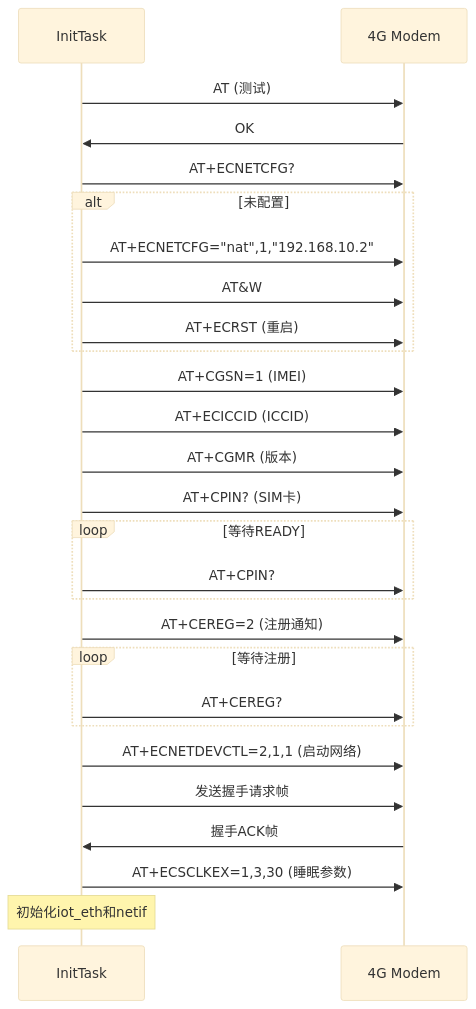
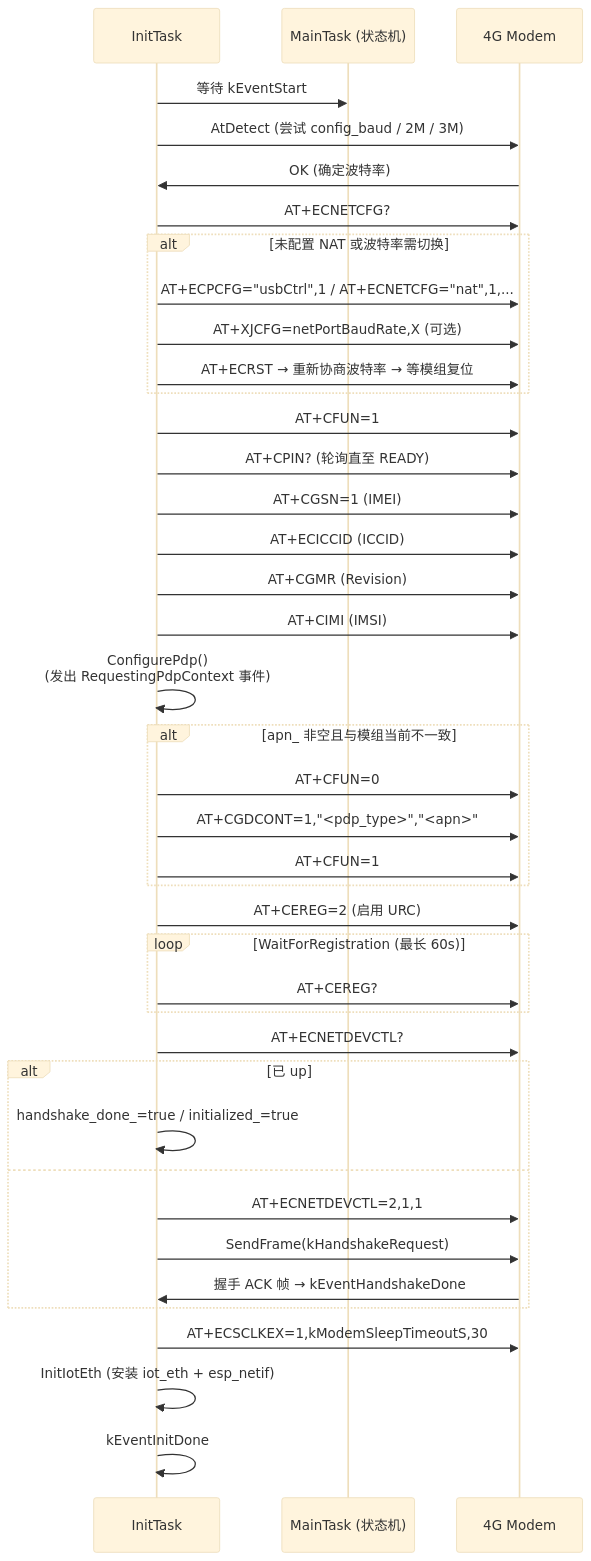
Before and after one commit to 78/uart-eth-modem: diagram 14 of 22 in WORKING_PRINCIPLE.md, drawn with Mermaid (base theme). The commit also changed other lines of this file and 2 other files, not shown here.

````diff
--- a/WORKING_PRINCIPLE.md
+++ b/WORKING_PRINCIPLE.md
@@ -519,37 +510,51 @@
 ```mermaid
 sequenceDiagram
     participant INIT as InitTask
+    participant MAIN as MainTask (状态机)
     participant MODEM as 4G Modem
-    
-    INIT->>MODEM: AT (测试)
-    MODEM->>INIT: OK
-    
+
+    INIT->>MAIN: 等待 kEventStart
+    INIT->>MODEM: AtDetect (尝试 config_baud / 2M / 3M)
+    MODEM->>INIT: OK (确定波特率)
+
     INIT->>MODEM: AT+ECNETCFG?
-    alt 未配置
-        INIT->>MODEM: AT+ECNETCFG="nat",1,"192.168.10.2"
-        INIT->>MODEM: AT&W
-        INIT->>MODEM: AT+ECRST (重启)
+    alt 未配置 NAT 或波特率需切换
+        INIT->>MODEM: AT+ECPCFG="usbCtrl",1 / AT+ECNETCFG="nat",1,...
+        INIT->>MODEM: AT+XJCFG=netPortBaudRate,X (可选)
+        INIT->>MODEM: AT+ECRST → 重新协商波特率 → 等模组复位
     end
-    
+
+    INIT->>MODEM: AT+CFUN=1
+    INIT->>MODEM: AT+CPIN? (轮询直至 READY)
+
     INIT->>MODEM: AT+CGSN=1 (IMEI)
     INIT->>MODEM: AT+ECICCID (ICCID)
-    INIT->>MODEM: AT+CGMR (版本)
-    
-    INIT->>MODEM: AT+CPIN? (SIM卡)
-    loop 等待READY
-        INIT->>MODEM: AT+CPIN?
+    INIT->>MODEM: AT+CGMR (Revision)
+    INIT->>MODEM: AT+CIMI (IMSI)
+
+    INIT->>INIT: ConfigurePdp()<br/>(发出 RequestingPdpContext 事件)
+    alt apn_ 非空且与模组当前不一致
+        INIT->>MODEM: AT+CFUN=0
+        INIT->>MODEM: AT+CGDCONT=1,"<pdp_type>","<apn>"
+        INIT->>MODEM: AT+CFUN=1
     end
-    
-    INIT->>MODEM: AT+CEREG=2 (注册通知)
-    loop 等待注册
+
+    INIT->>MODEM: AT+CEREG=2 (启用 URC)
+    loop WaitForRegistration (最长 60s)
         INIT->>MODEM: AT+CEREG?
     end
-    
-    INIT->>MODEM: AT+ECNETDEVCTL=2,1,1 (启动网络)
-    INIT->>MODEM: 发送握手请求帧
-    MODEM->>INIT: 握手ACK帧
-    
-    INIT->>MODEM: AT+ECSCLKEX=1,3,30 (睡眠参数)
-    
-    Note over INIT: 初始化iot_eth和netif
+
+    INIT->>MODEM: AT+ECNETDEVCTL?
+    alt 已 up
+        INIT->>INIT: handshake_done_=true / initialized_=true
+    else
+        INIT->>MODEM: AT+ECNETDEVCTL=2,1,1
+        INIT->>MODEM: SendFrame(kHandshakeRequest)
+        MODEM->>INIT: 握手 ACK 帧 → kEventHandshakeDone
+    end
+
+    INIT->>MODEM: AT+ECSCLKEX=1,kModemSleepTimeoutS,30
+
+    INIT->>INIT: InitIotEth (安装 iot_eth + esp_netif)
+    INIT->>INIT: kEventInitDone
 ```
````
